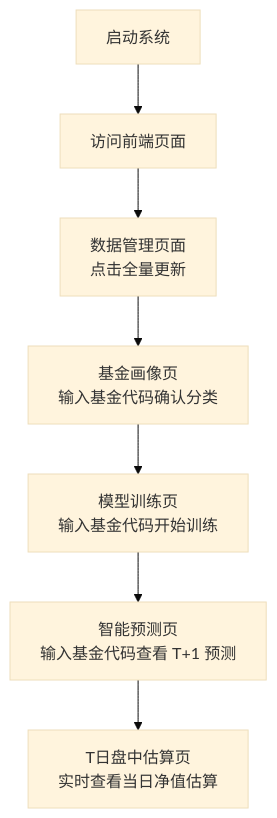
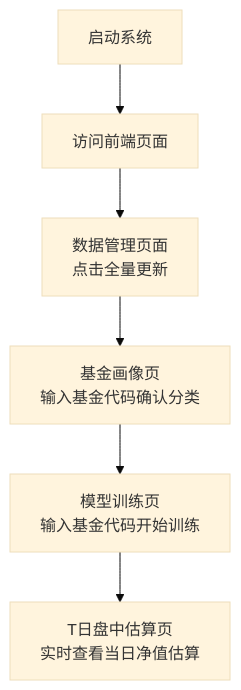
One commit to JoakimStarr/fund_project changed the diagram in README.md. Above: the diagram before and after it, drawn with Mermaid (base theme). The commit also changed other lines of this file and 2 other files, not shown here.

````diff
--- a/README.md
+++ b/README.md
@@ -199,9 +197,8 @@
 ```mermaid
 graph TD
     A[启动系统] --> B[访问前端页面]
     B --> C[数据管理页面<br>点击全量更新]
     C --> D[基金画像页<br>输入基金代码确认分类]
     D --> E[模型训练页<br>输入基金代码开始训练]
-    E --> F[智能预测页<br>输入基金代码查看 T+1 预测]
-    F --> G[T日盘中估算页<br>实时查看当日净值估算]
+    E --> F[T日盘中估算页<br>实时查看当日净值估算]
 ```
````
